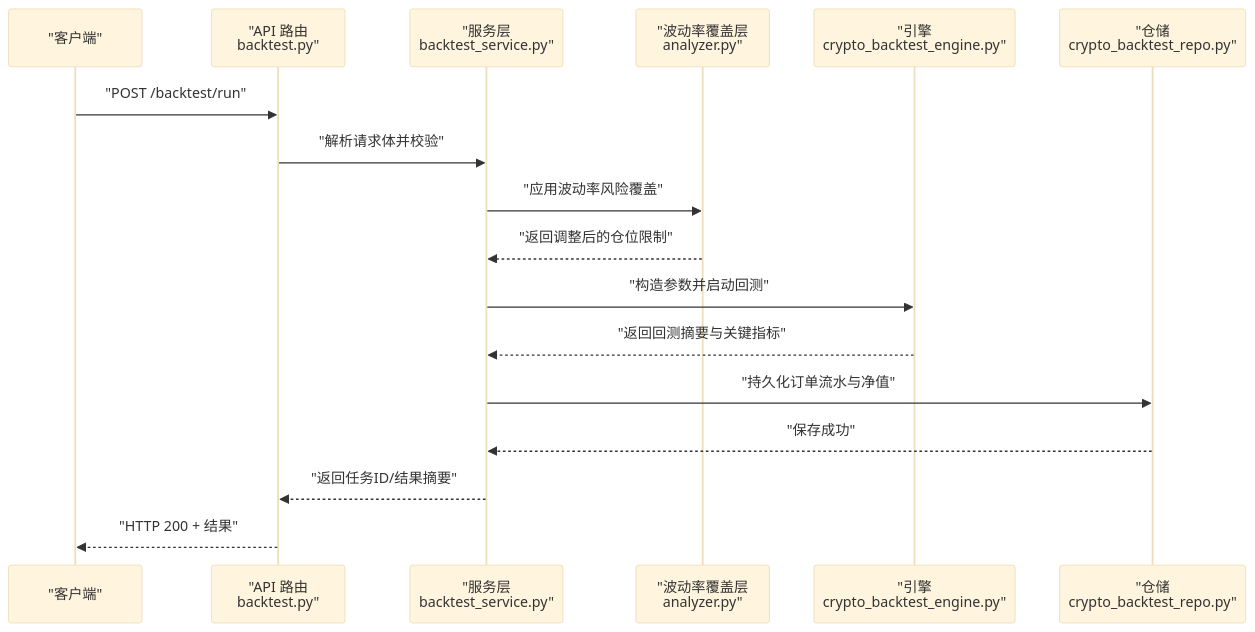
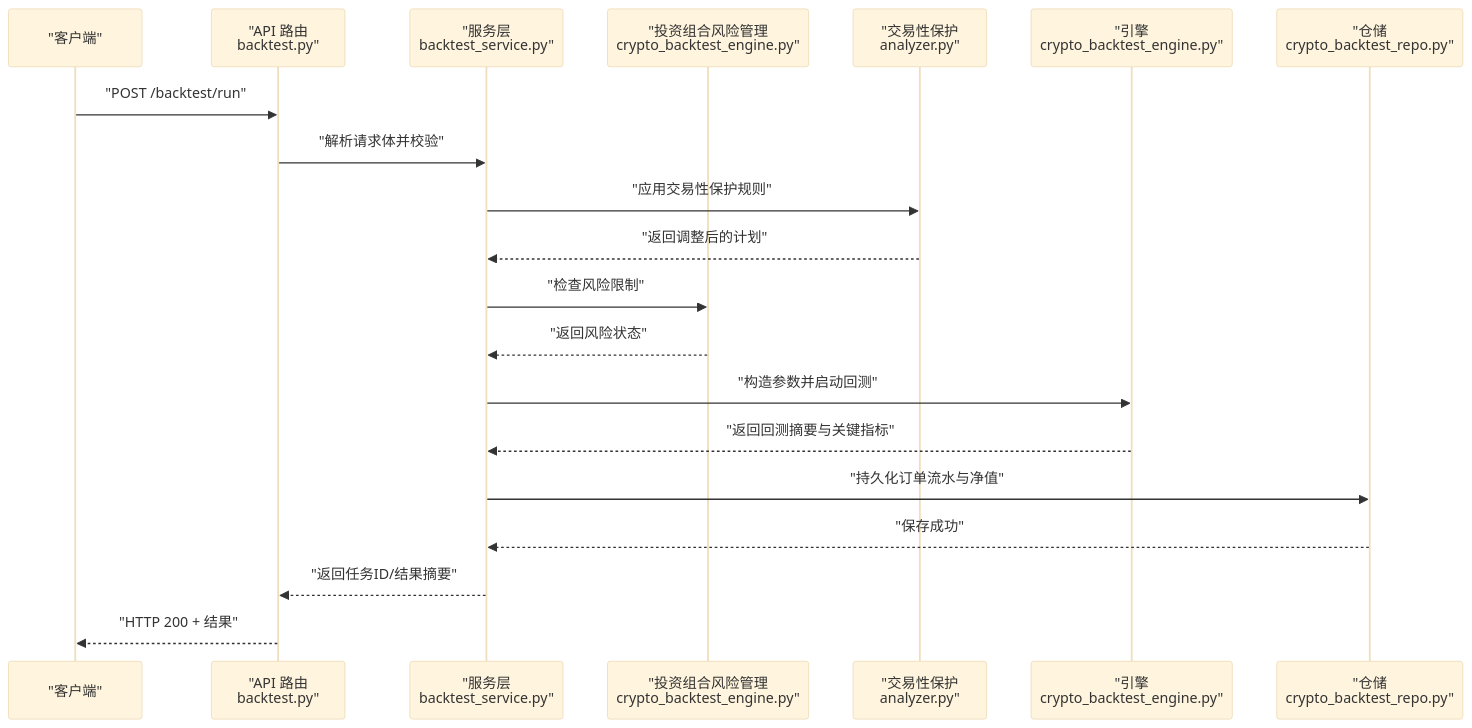
The second of 10 diagrams in .qoder/repowiki/zh/content/交易策略系统/回测引擎/回测引擎.md (anYaoooo/daily_stock_analysis), drawn with Mermaid (base theme) before and after one commit. The commit also changed other lines of this file and 140 other files, not shown here.

````diff
--- a/.qoder/repowiki/zh/content/交易策略系统/回测引擎/回测引擎.md
+++ b/.qoder/repowiki/zh/content/交易策略系统/回测引擎/回测引擎.md
@@ -151,19 +155,22 @@
 ```mermaid
 sequenceDiagram
 participant Client as "客户端"
 participant API as "API 路由<br/>backtest.py"
 participant Service as "服务层<br/>backtest_service.py"
-participant Overlay as "波动率覆盖层<br/>analyzer.py"
+participant RiskMgr as "投资组合风险管理<br/>crypto_backtest_engine.py"
+participant TradeGuard as "交易性保护<br/>analyzer.py"
 participant Engine as "引擎<br/>crypto_backtest_engine.py"
 participant Repo as "仓储<br/>crypto_backtest_repo.py"
 Client->>API : "POST /backtest/run"
 API->>Service : "解析请求体并校验"
-Service->>Overlay : "应用波动率风险覆盖"
-Overlay-->>Service : "返回调整后的仓位限制"
+Service->>TradeGuard : "应用交易性保护规则"
+TradeGuard-->>Service : "返回调整后的计划"
+Service->>RiskMgr : "检查风险限制"
+RiskMgr-->>Service : "返回风险状态"
 Service->>Engine : "构造参数并启动回测"
 Engine-->>Service : "返回回测摘要与关键指标"
 Service->>Repo : "持久化订单流水与净值"
 Repo-->>Service : "保存成功"
 Service-->>API : "返回任务ID/结果摘要"
 API-->>Client : "HTTP 200 + 结果"
 ```
````
